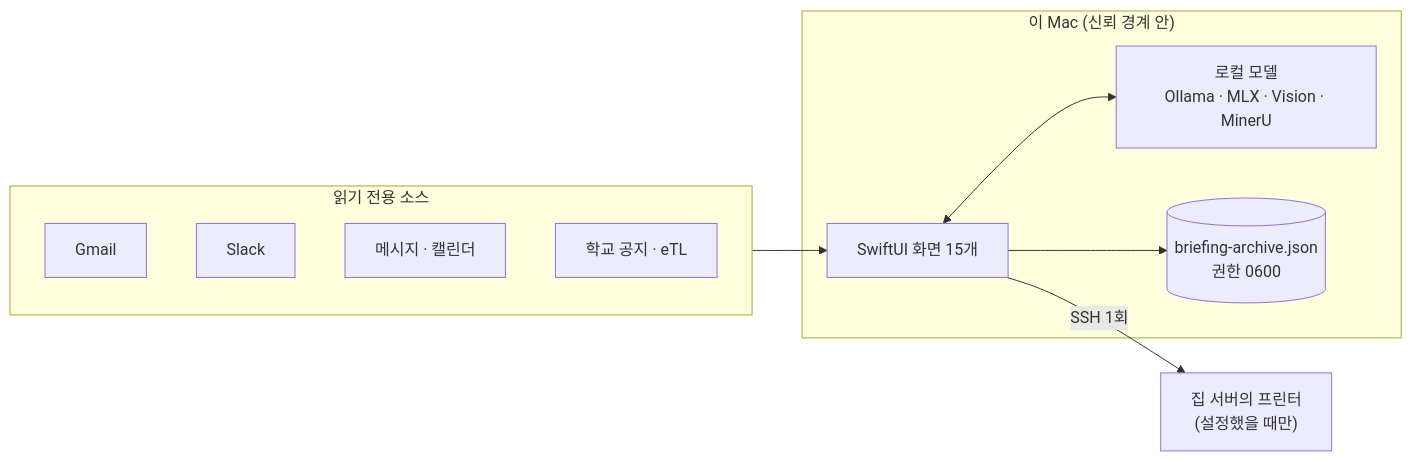
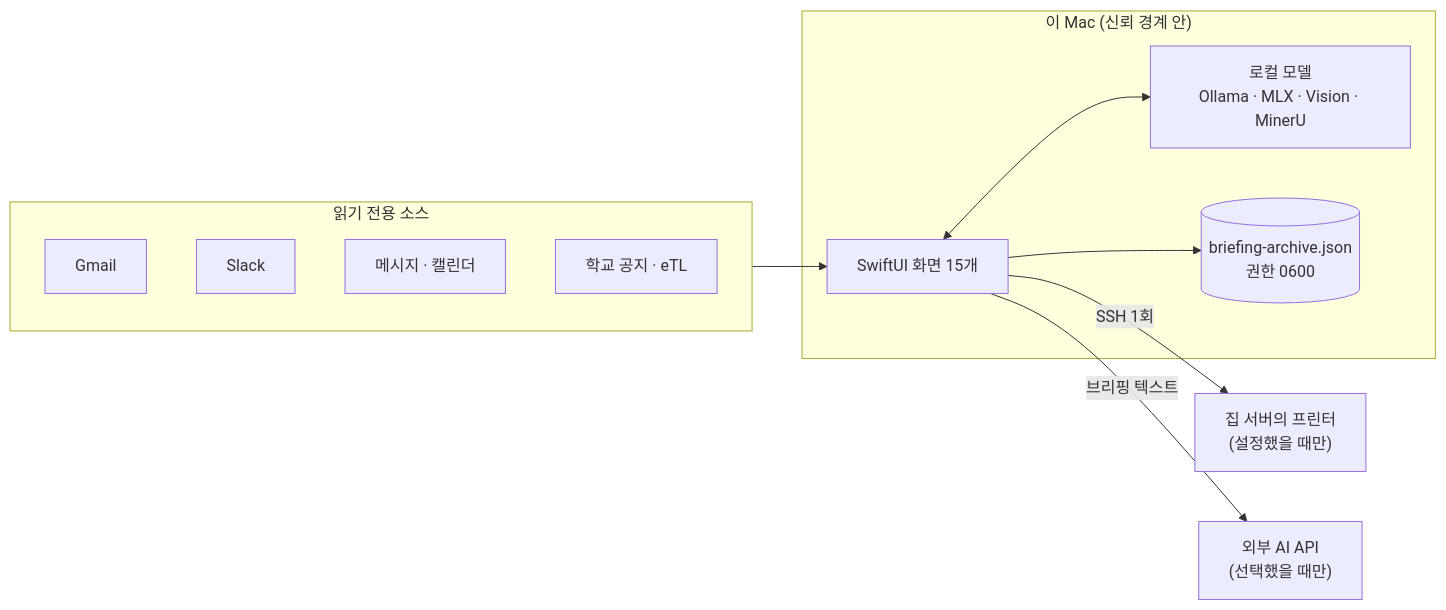
Before and after one commit to sesepark/snu-local-agent: the fourth of 4 diagrams in README.md, drawn with Mermaid. The commit also changed other lines of this file and 1 other file, not shown here.

````diff
--- a/README.md
+++ b/README.md
@@ -527,20 +530,22 @@
 ```mermaid
 flowchart LR
     subgraph mac["이 Mac (신뢰 경계 안)"]
         UI["SwiftUI 화면 15개"]
         L["로컬 모델<br/>Ollama · MLX · Vision · MinerU"]
         A[("briefing-archive.json<br/>권한 0600")]
     end
     subgraph read["읽기 전용 소스"]
         G["Gmail"]
         S["Slack"]
         M["메시지 · 캘린더"]
         W["학교 공지 · eTL"]
     end
     P["집 서버의 프린터<br/>(설정했을 때만)"]
+    API["외부 AI API<br/>(선택했을 때만)"]
 
     read --> UI
     UI <--> L
     UI --> A
     UI -- "SSH 1회" --> P
+    UI -- "브리핑 텍스트" --> API
 ```
````
